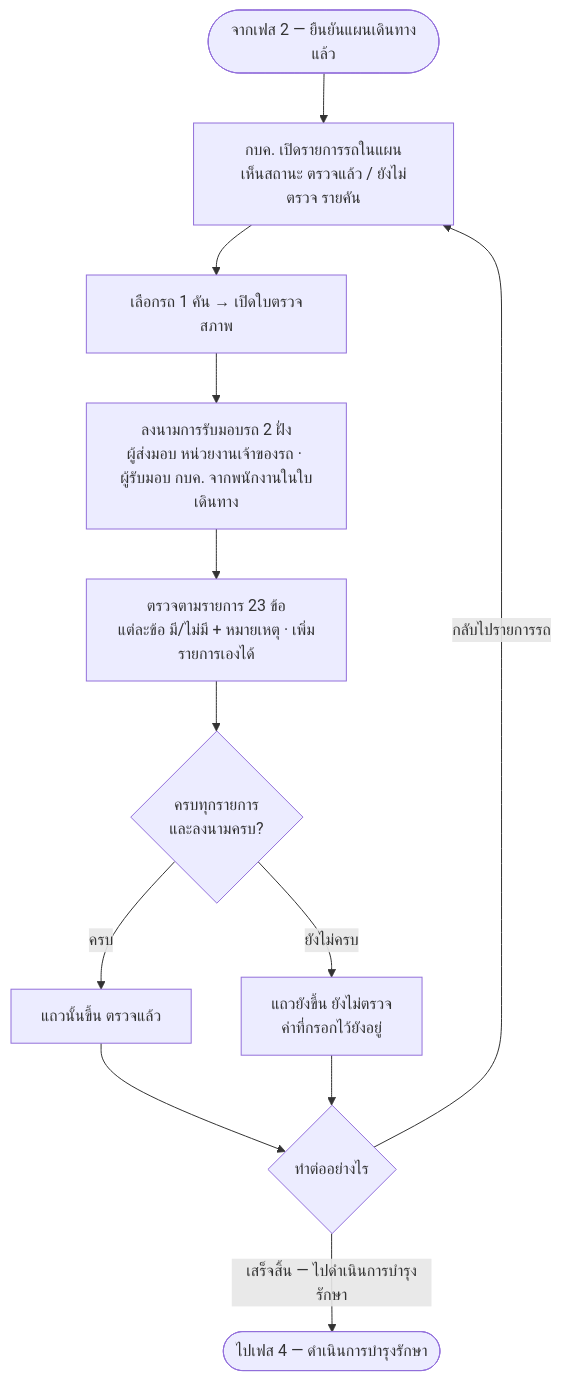
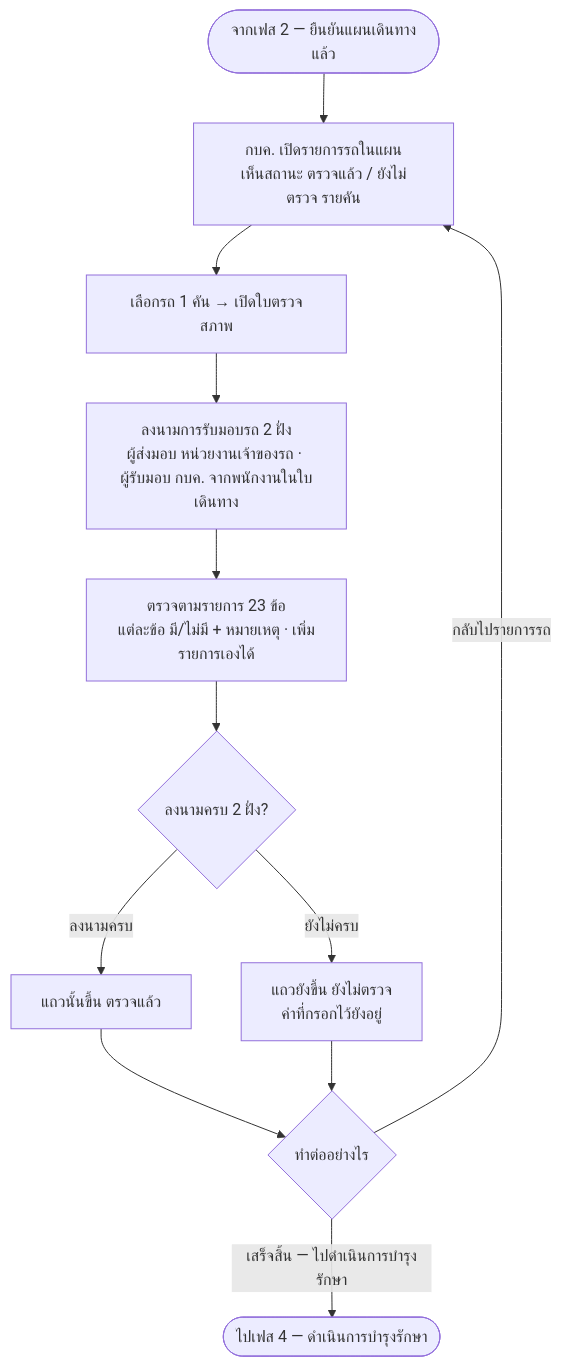
One commit to anugmail/Maintenance-Request-Form changed the first of 2 diagrams in Diagram/01-บำรุงรักษาตามวาระ/04-เฟส3-ตรวจรับ.md. Above: the diagram before and after it, drawn with Mermaid. The commit also changed other lines of this file and 12 other files, not shown here.

````diff
--- a/Diagram/01-บำรุงรักษาตามวาระ/04-เฟส3-ตรวจรับ.md
+++ b/Diagram/01-บำรุงรักษาตามวาระ/04-เฟส3-ตรวจรับ.md
@@ -17,14 +17,14 @@
 ```mermaid
 flowchart TB
     S([จากเฟส 2 — ยืนยันแผนเดินทางแล้ว]) --> A[กบค. เปิดรายการรถในแผน<br/>เห็นสถานะ ตรวจแล้ว / ยังไม่ตรวจ รายคัน]
     A --> B[เลือกรถ 1 คัน → เปิดใบตรวจสภาพ]
     B --> C[ลงนามการรับมอบรถ 2 ฝั่ง<br/>ผู้ส่งมอบ หน่วยงานเจ้าของรถ · ผู้รับมอบ กบค. จากพนักงานในใบเดินทาง]
     C --> D[ตรวจตามรายการ 23 ข้อ<br/>แต่ละข้อ มี/ไม่มี + หมายเหตุ · เพิ่มรายการเองได้]
-    D --> E{ครบทุกรายการ<br/>และลงนามครบ?}
-    E -->|ครบ| G[แถวนั้นขึ้น ตรวจแล้ว]
+    D --> E{ลงนามครบ 2 ฝั่ง?}
+    E -->|ลงนามครบ| G[แถวนั้นขึ้น ตรวจแล้ว]
     E -->|ยังไม่ครบ| G2[แถวยังขึ้น ยังไม่ตรวจ<br/>ค่าที่กรอกไว้ยังอยู่]
     G --> H{ทำต่ออย่างไร}
     G2 --> H
     H -->|กลับไปรายการรถ| A
     H -->|"เสร็จสิ้น — ไปดำเนินการบำรุงรักษา"| Z([ไปเฟส 4 — ดำเนินการบำรุงรักษา])
 ```
````
